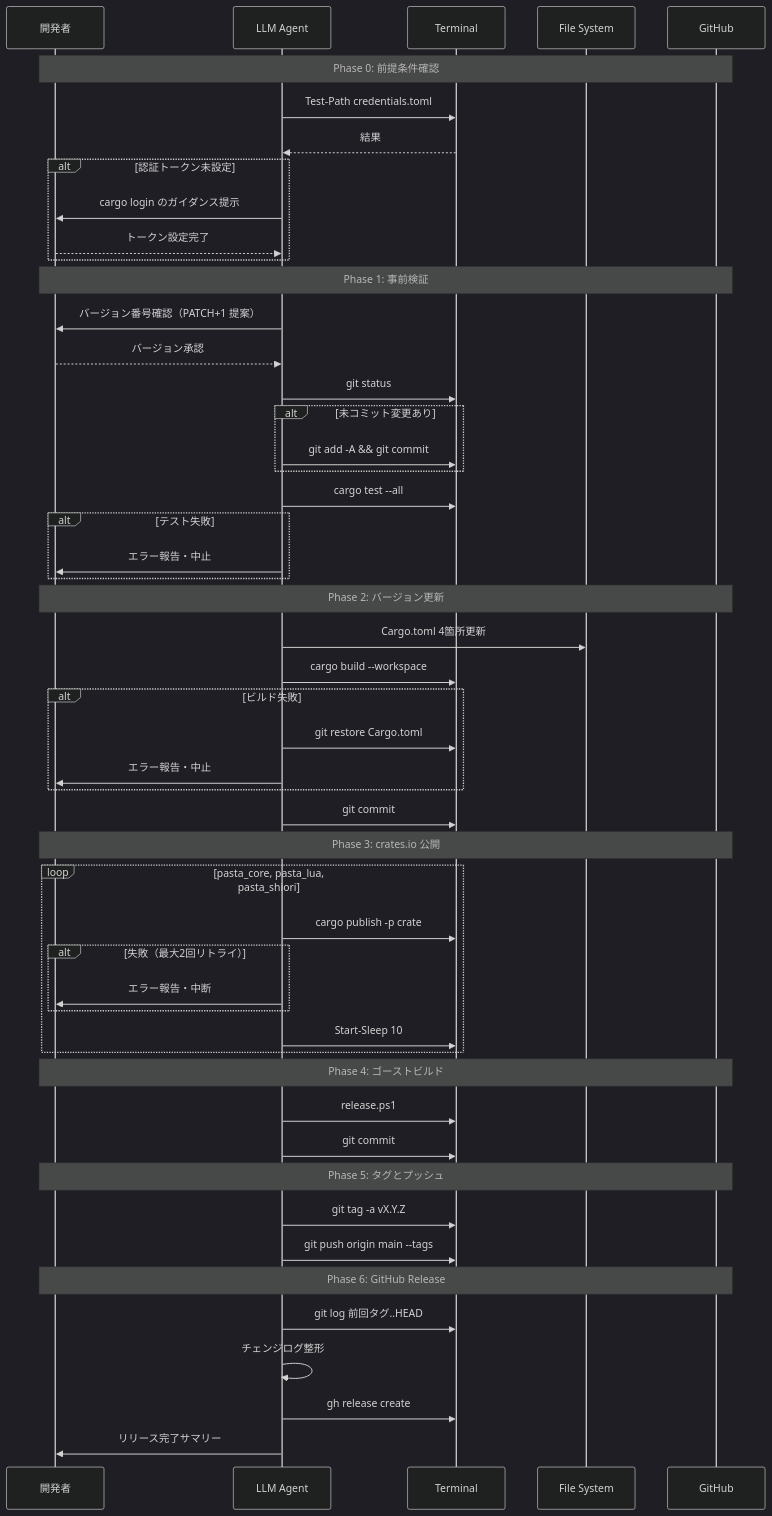
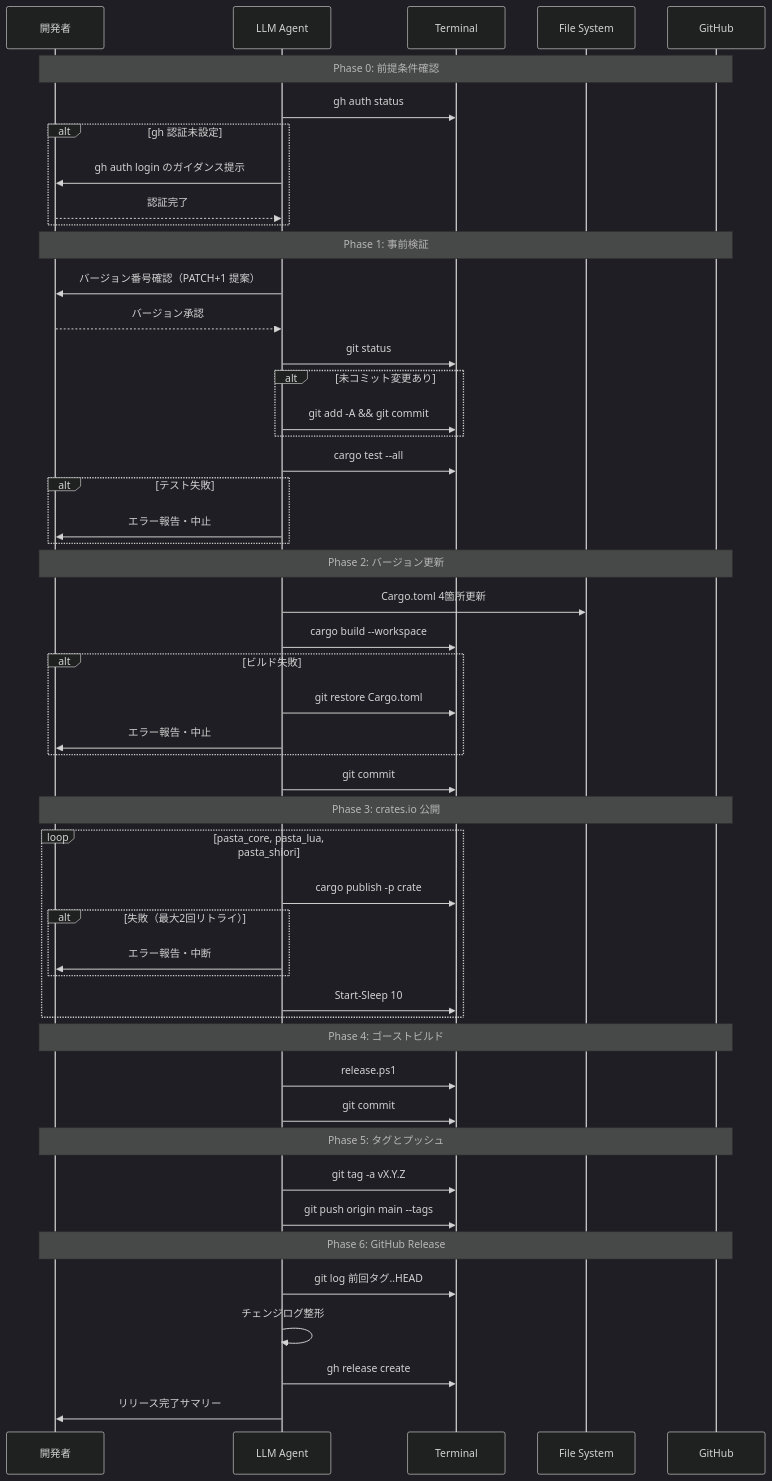
The second of 3 diagrams in .kiro/specs/release-workflow/design.md (ekicyou/pasta), drawn with Mermaid (dark theme) before and after one commit.

Commit message:
fix(spec): release-workflow シーケンス図修正 - Phase 0 を gh auth のみに統一

````diff
--- a/.kiro/specs/release-workflow/design.md
+++ b/.kiro/specs/release-workflow/design.md
@@ -124,60 +124,59 @@
 ```mermaid
 sequenceDiagram
     participant Dev as 開発者
     participant LLM as LLM Agent
     participant Term as Terminal
     participant FS as File System
     participant GH as GitHub
 
     Note over Dev,GH: Phase 0: 前提条件確認
-    LLM->>Term: Test-Path credentials.toml
-    Term-->>LLM: 結果
-    alt 認証トークン未設定
-        LLM->>Dev: cargo login のガイダンス提示
-        Dev-->>LLM: トークン設定完了
+    LLM->>Term: gh auth status
+    alt gh 認証未設定
+        LLM->>Dev: gh auth login のガイダンス提示
+        Dev-->>LLM: 認証完了
     end
 
     Note over Dev,GH: Phase 1: 事前検証
     LLM->>Dev: バージョン番号確認（PATCH+1 提案）
     Dev-->>LLM: バージョン承認
     LLM->>Term: git status
     alt 未コミット変更あり
         LLM->>Term: git add -A && git commit
     end
     LLM->>Term: cargo test --all
     alt テスト失敗
         LLM->>Dev: エラー報告・中止
     end
 
     Note over Dev,GH: Phase 2: バージョン更新
     LLM->>FS: Cargo.toml 4箇所更新
     LLM->>Term: cargo build --workspace
     alt ビルド失敗
         LLM->>Term: git restore Cargo.toml
         LLM->>Dev: エラー報告・中止
     end
     LLM->>Term: git commit
 
     Note over Dev,GH: Phase 3: crates.io 公開
     loop pasta_core, pasta_lua, pasta_shiori
         LLM->>Term: cargo publish -p crate
         alt 失敗（最大2回リトライ）
             LLM->>Dev: エラー報告・中断
         end
         LLM->>Term: Start-Sleep 10
     end
 
     Note over Dev,GH: Phase 4: ゴーストビルド
     LLM->>Term: release.ps1
     LLM->>Term: git commit
 
     Note over Dev,GH: Phase 5: タグとプッシュ
     LLM->>Term: git tag -a vX.Y.Z
     LLM->>Term: git push origin main --tags
 
     Note over Dev,GH: Phase 6: GitHub Release
     LLM->>Term: git log 前回タグ..HEAD
     LLM->>LLM: チェンジログ整形
     LLM->>Term: gh release create
     LLM->>Dev: リリース完了サマリー
 ```
````
